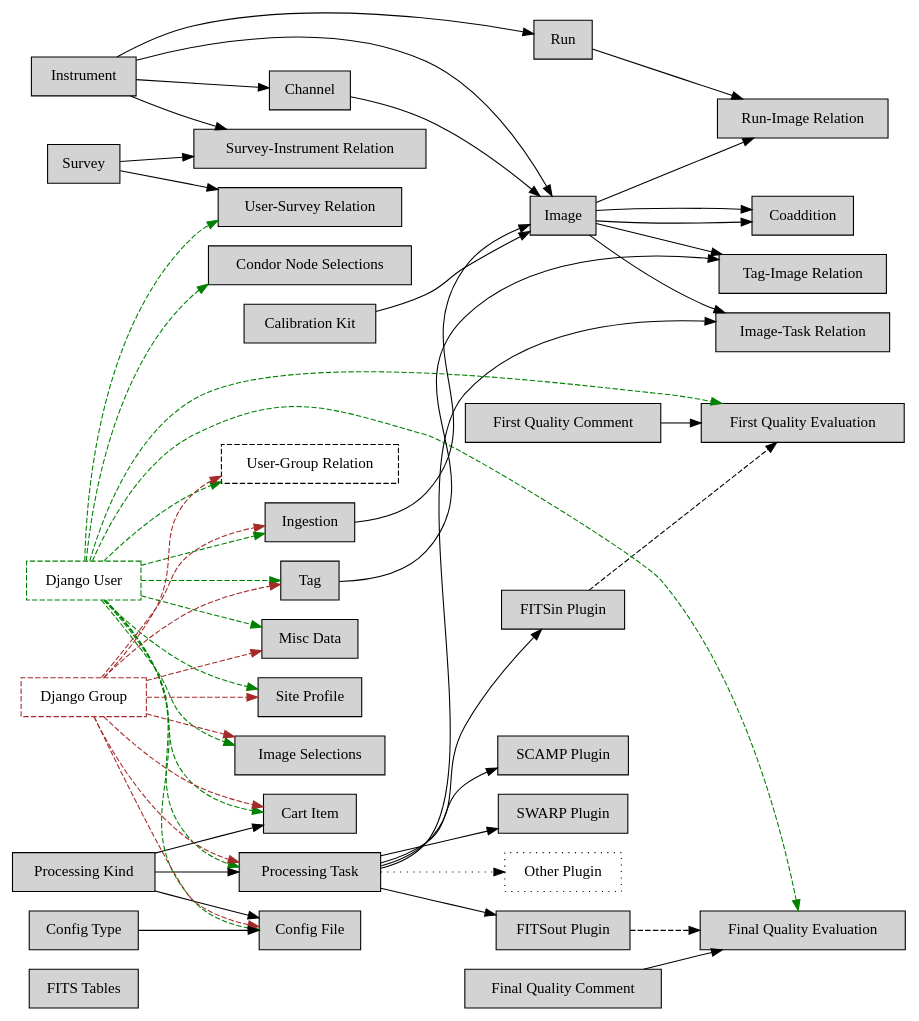
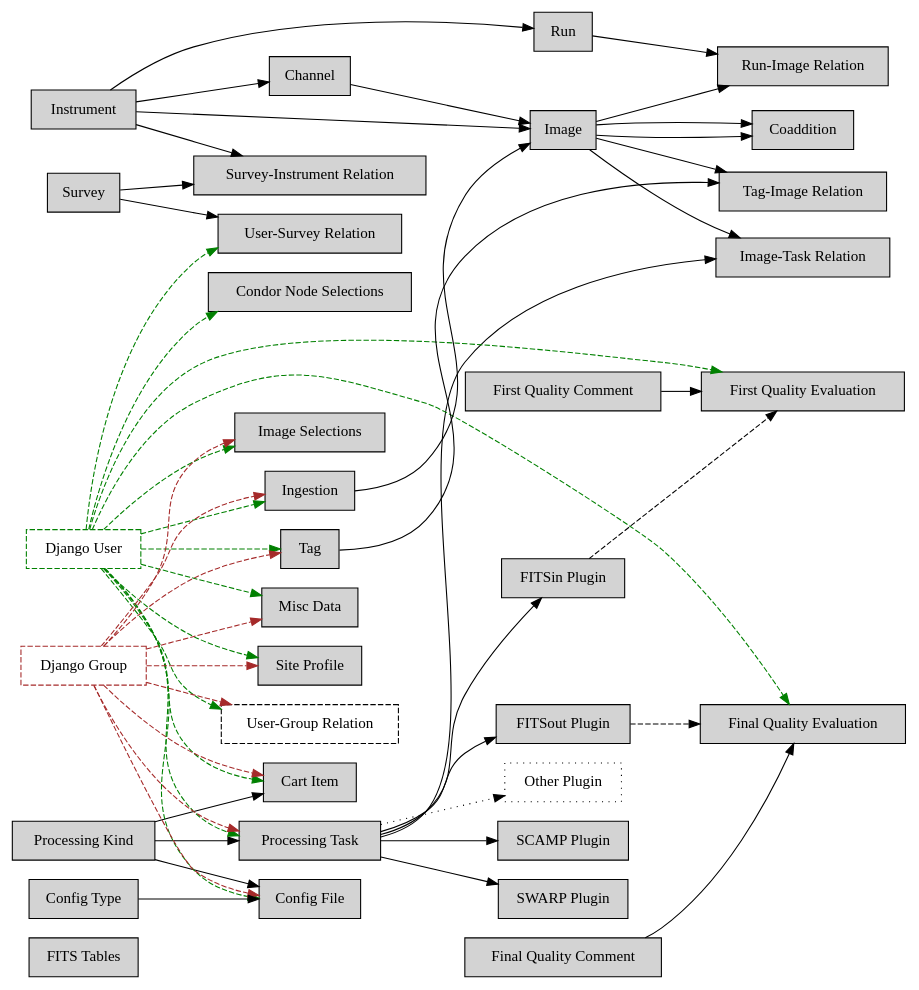
Before and after one commit to gotsunami/Youpi: the diagram in doc/handbook/figures/codasyl.dot, drawn with Graphviz. The commit also changed 6 other files, not shown here.

First line of the commit message:
Code cleanup: remove all data related to model CalibrationKit

```diff
--- a/doc/handbook/figures/codasyl.dot
+++ b/doc/handbook/figures/codasyl.dot
@@ -1,101 +1,99 @@
 /*
  * Youpi's CODASYL logical model
  *
  */
 digraph codasyl { 
 	rankdir = LR;
 	node [shape = box, style = filled];
 
 	/* Standalone records */
 	"FITS Tables";
 
 	/* Linked records */
-	calib [label="Calibration Kit"];
 	imgsel [label="Image Selections"];
 	task [label="Processing Task"];
 	relri [label="Run-Image Relation"];
 	carti [label="Cart Item"];
 	relsi [label="Survey-Instrument Relation"];
 	relit [label="Image-Task Relation"];
 	relus [label="User-Survey Relation"];
 	relug [label="User-Group Relation", style=dashed];
 	reltagi [label="Tag-Image Relation"];
 	kind [label="Processing Kind"];
 	plugfitsin [label="FITSin Plugin"];
 	plugfitsout [label="FITSout Plugin"];
 	plugscamp [label="SCAMP Plugin"];
 	plugswarp [label="SWARP Plugin"];
 	plugother [label="Other Plugin", style=dotted];
 	user [label="Django User", style=dashed, color=green];
 	group [label="Django Group", style=dashed, color=brown];
 	miscdata [label="Misc Data"];
 	configfile [label="Config File"];
 	configtype [label="Config Type"];
 	ingrading [label="First Quality Evaluation"];
 	outgrading [label="Final Quality Evaluation"];
 	incomment [label="First Quality Comment"];
 	outcomment [label="Final Quality Comment"];
 	siteprofile [label="Site Profile"];
 	condornodesel [label="Condor Node Selections"];
 
 	/* Sets */
-	calib -> Image;
 	Channel -> Image;
 	Ingestion -> Image;
 	Instrument -> Image;
 	Image -> Coaddition;
 	Image -> Coaddition;
 	Image -> relri;
 	Image -> relit;
 	Image -> reltagi;
 	task -> plugfitsin;
 	task -> plugfitsout;
 	task -> plugscamp;
 	task -> plugswarp;
 	task -> plugother[style=dotted];
 	Run -> relri;
 
 	user -> carti[style=dashed, color=green];
 	user -> task[style=dashed, color=green];
 	user -> Ingestion[style=dashed, color=green];
 	user -> imgsel[style=dashed, color=green];
 	user -> miscdata[style=dashed, color=green];
 	user -> configfile[style=dashed, color=green];
 	user -> ingrading[style=dashed, color=green];
 	user -> outgrading[style=dashed, color=green];
 	user -> siteprofile[style=dashed, color=green];
 	user -> condornodesel[style=dashed, color=green];
 	user -> relus[style=dashed, color=green];
 	user -> relug[style=dashed, color=green];
 	user -> Tag[style=dashed, color=green];
 	plugfitsin -> ingrading[style=dashed];
 	plugfitsout -> outgrading[style=dashed];
 
 	group -> task[style=dashed, color=brown];
 	group -> Tag[style=dashed, color=brown];
 	group -> carti[style=dashed, color=brown];
 	group -> configfile[style=dashed, color=brown];
 	group -> imgsel[style=dashed, color=brown];
 	group -> Ingestion[style=dashed, color=brown];
 	group -> miscdata[style=dashed, color=brown];
 	group -> relug[style=dashed, color=brown];
 	group -> siteprofile[style=dashed, color=brown];
 	
 	Instrument -> Channel;
 	Instrument -> Run;
 	Survey -> relsi;
 	Survey -> relus;
 	Instrument -> relsi;
 
 	kind -> task;
 	kind -> configfile;
 	kind -> carti;
 
 	configtype -> configfile;
 
 	task -> relit;
 	Tag -> reltagi;
 
 	incomment -> ingrading;
 	outcomment -> outgrading;
 } 
```
